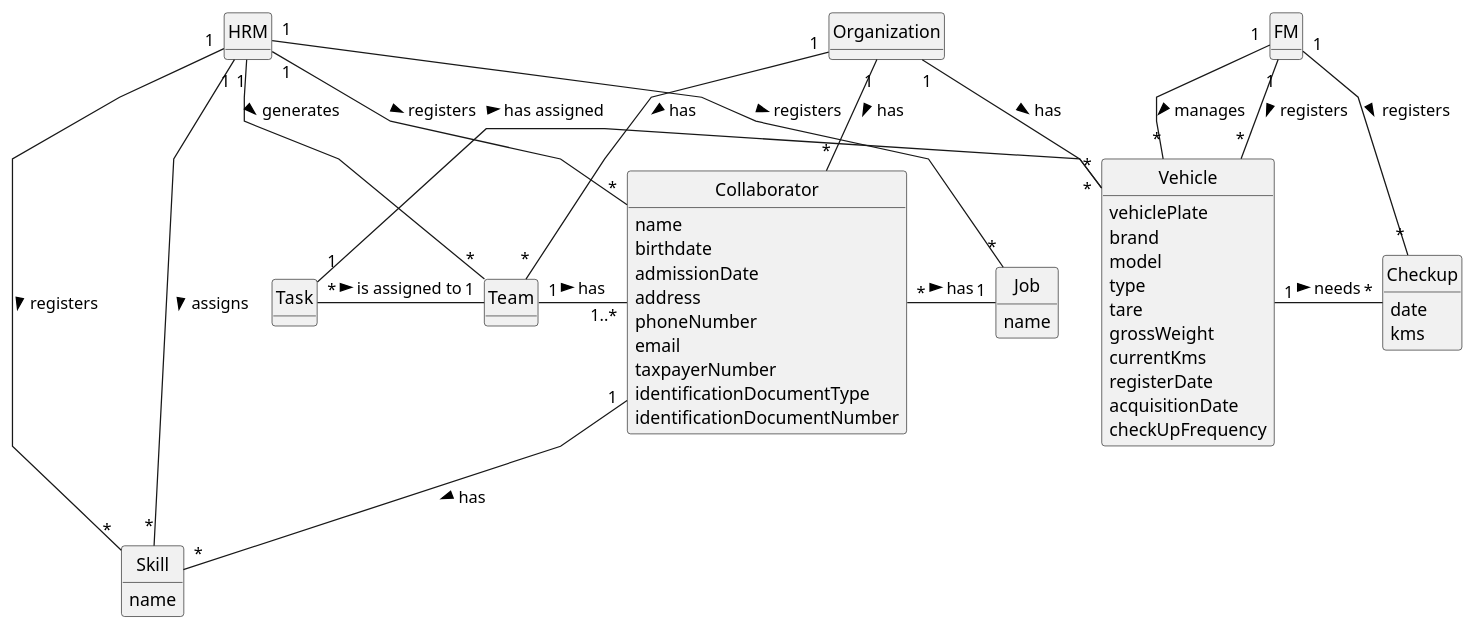
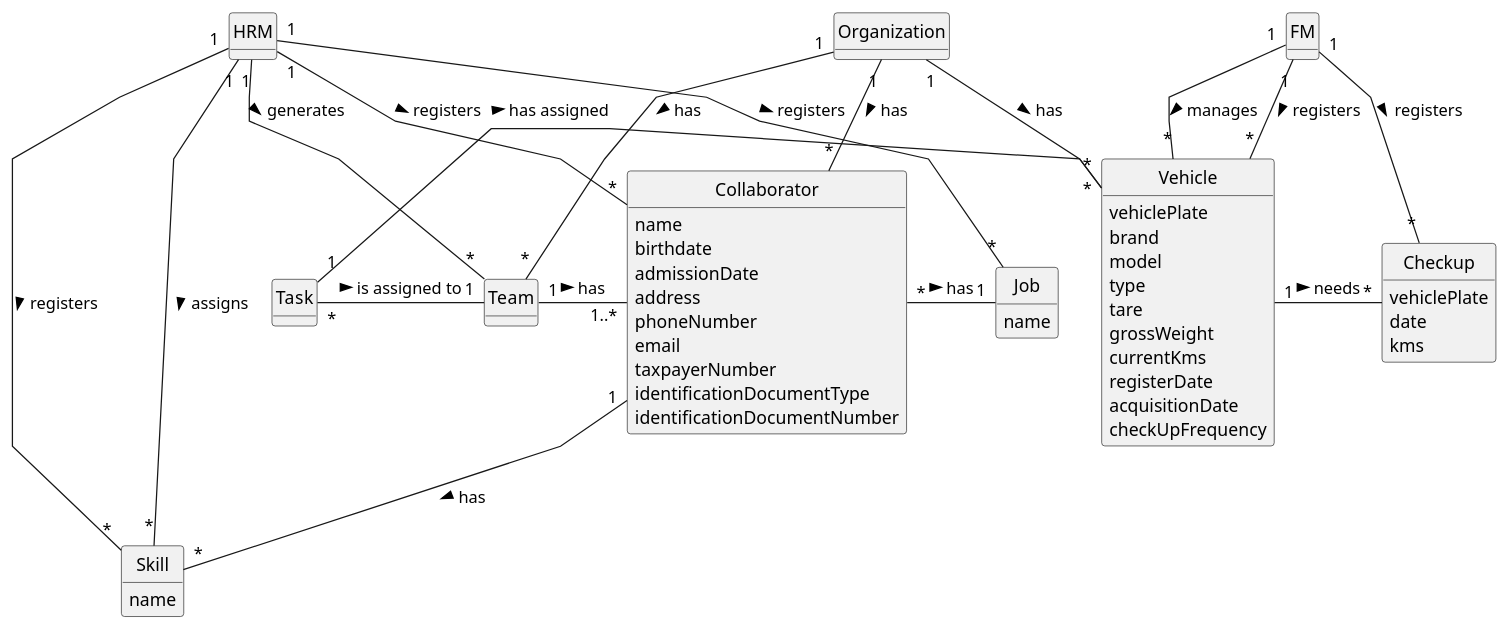
Before and after one commit to Departamento-de-Engenharia-Informatica/lei-24-s2-1dm-g132: the diagram in docs/sprintA/global-artifacts/02.analysis/puml/project-domain-model.puml, drawn with PlantUML.

Commit message:
Project-Domain-model - Addition of "vehiclePlate" to Checkup

```diff
--- a/docs/sprintA/global-artifacts/02.analysis/puml/project-domain-model.puml
+++ b/docs/sprintA/global-artifacts/02.analysis/puml/project-domain-model.puml
@@ -1,90 +1,91 @@
 @startuml
 skinparam monochrome true
 skinparam packageStyle rectangle
 skinparam shadowing false
 'skinparam linetype ortho
 skinparam linetype polyline
 'left to right direction
 skinparam classAttributeIconSize 0
 hide circle
 hide methods
 
 'title Domain Model
 
 'class Platform {
 '  -description
 '}
 
 class HRM {
 }
 
 class FM {
 }
 
 class Organization{
 }
 
 class Skill {
     name
 }
 
 class Job {
     name
 }
 
 class Collaborator {
     name
     birthdate
     admissionDate
     address
     phoneNumber
     email
     taxpayerNumber
     identificationDocumentType
     identificationDocumentNumber
 }
 
 class Team {
 }
 
 class Task {
 }
 
 class Vehicle {
     vehiclePlate
     brand
     model
     type
     tare
     grossWeight
     currentKms
     registerDate
     acquisitionDate
     checkUpFrequency
 }
 
 class Checkup {
+vehiclePlate
     date
     kms
 }
 
 HRM "1" - "*" Skill : registers >
 HRM "1" - "*" Job : registers >
 HRM "1" -- "*" Collaborator : registers >
 HRM "1" -- "*" Skill : assigns >
 HRM "1" -- "*" Team : generates >
 Organization "1" -- "*" Collaborator : has >
 Organization "1" -- "*" Team : has >
 Collaborator "*" - "1" Job : has >
 Collaborator "1" -- "*" Skill : has >
 Team "1" - "1..*" Collaborator : has >
 Task "*" - "1" Team : is assigned to >
 FM "1" -- "*" Vehicle : registers >
 FM "1" -- "*" Vehicle : manages >
 Vehicle "1" - "*" Checkup : needs >
 Task "1" - "*" Vehicle : has assigned >
 FM "1" -- "*" Checkup : registers >
 Organization "1" -- "*" Vehicle : has >
 
 
 @enduml
```
